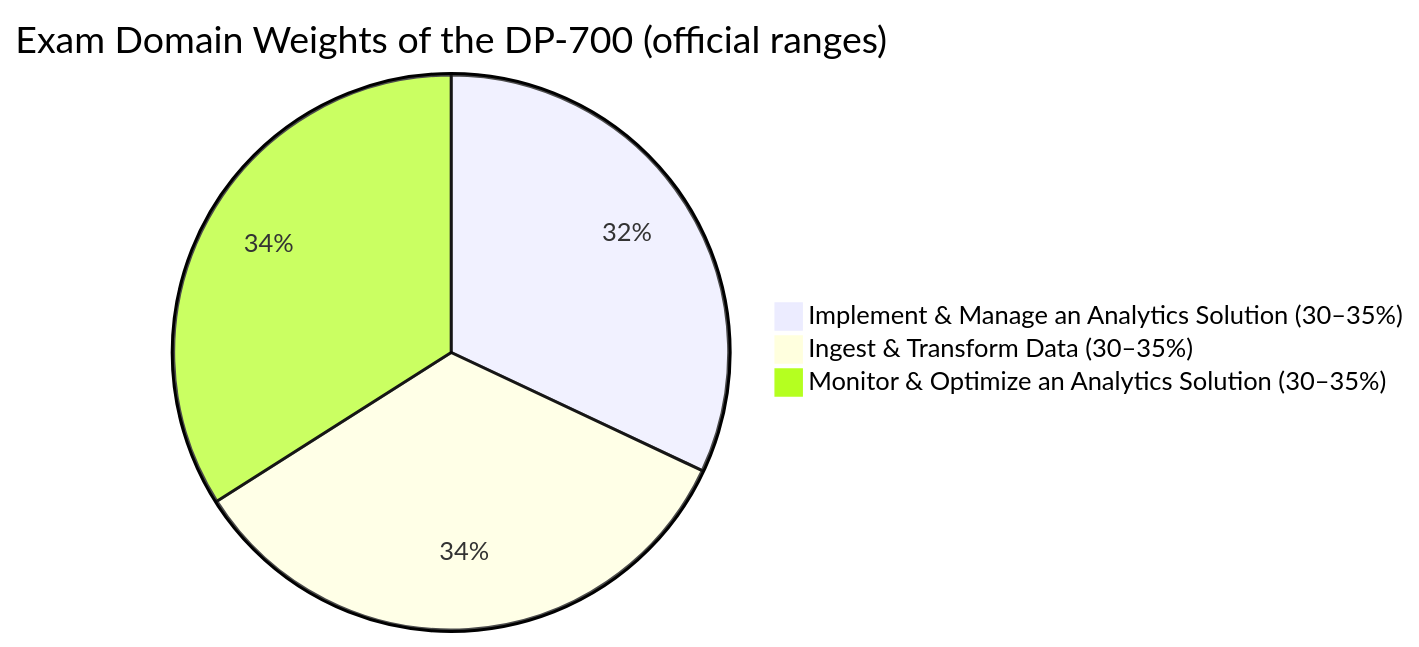
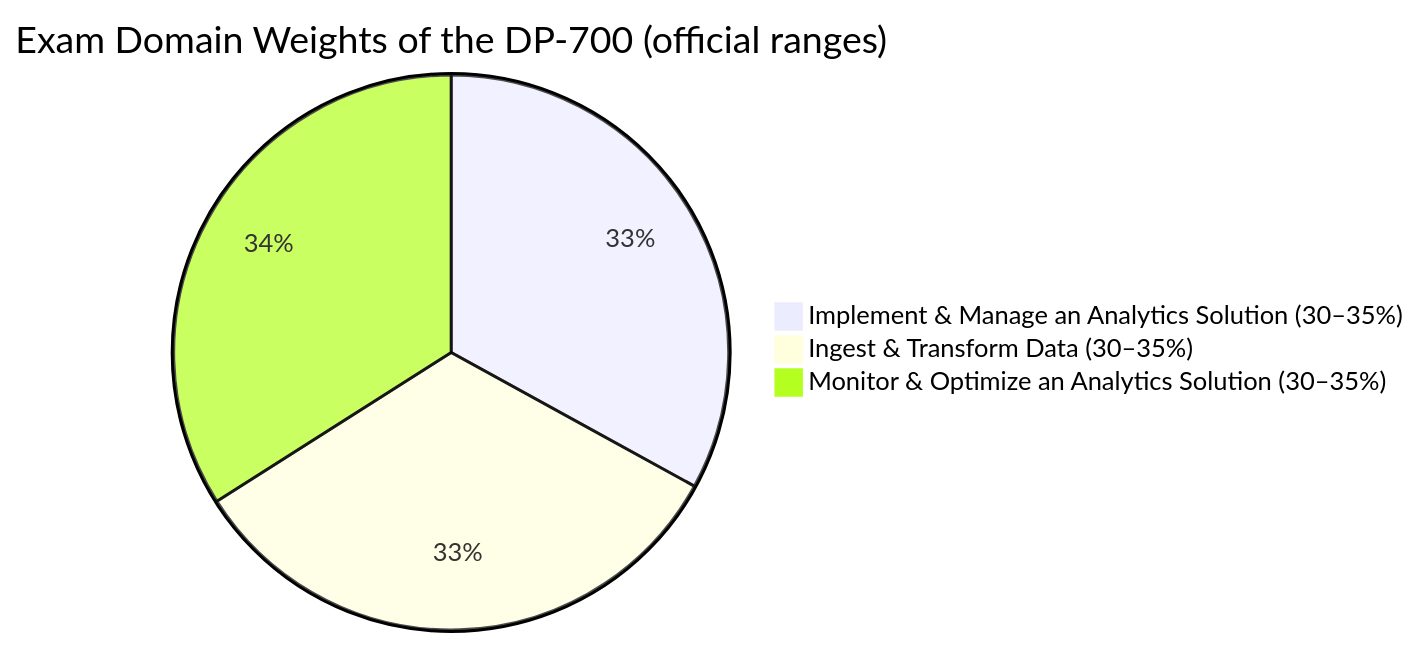
The first of 2 diagrams in README.md (marcogrimaldi29/dp-700-study-notes), drawn with Mermaid before and after one commit. The commit also changed other lines of this file and 7 other files, not shown here.

Commit message:
Added bottom nav, updated Mermaid pie and workflow

````diff
--- a/README.md
+++ b/README.md
@@ -33,6 +33,6 @@
 ```mermaid
 pie title Exam Domain Weights of the DP-700 (official ranges)
-    "Implement & Manage an Analytics Solution (30–35%)" : 32
-    "Ingest & Transform Data (30–35%)" : 34
+    "Implement & Manage an Analytics Solution (30–35%)" : 33
+    "Ingest & Transform Data (30–35%)" : 33
     "Monitor & Optimize an Analytics Solution (30–35%)" : 34
 ```
````
